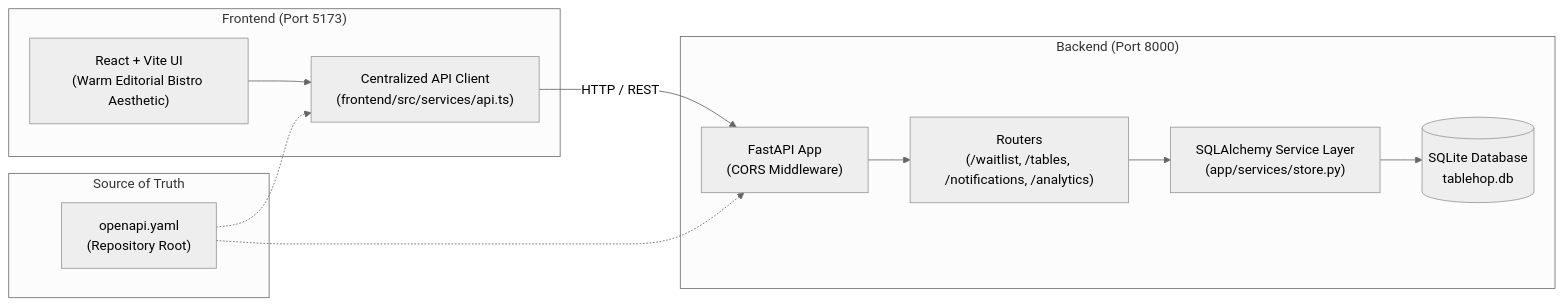
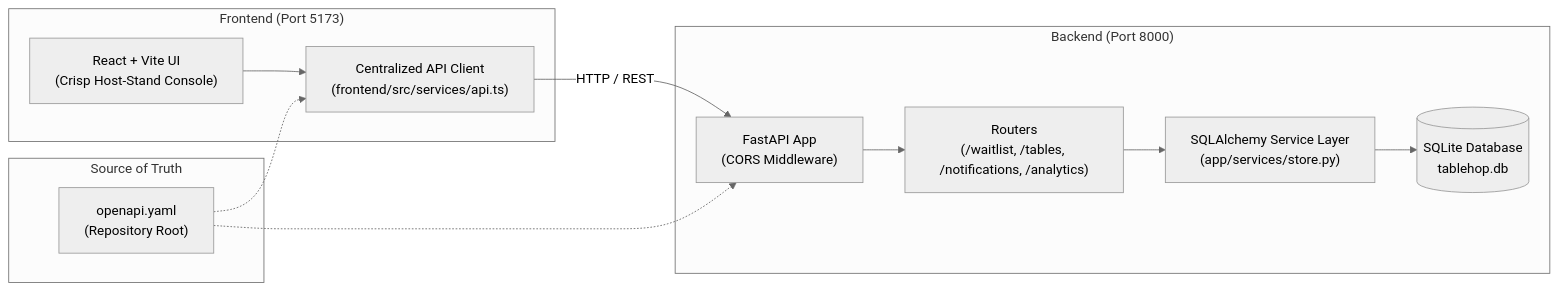
Before and after one commit to SPBONIFACE/ai-dev-tools-zoomcamp-homework2: the first of 2 diagrams in README.md, drawn with Mermaid (neutral theme). The commit also changed other lines of this file and 1 other file, not shown here.

Commit message:
docs: embed app screenshot in README and align architecture diagram with design system

````diff
--- a/README.md
+++ b/README.md
@@ -94,27 +101,27 @@
 ```mermaid
 flowchart LR
     subgraph Client["Frontend (Port 5173)"]
-        UI["React + Vite UI<br/>(Warm Editorial Bistro Aesthetic)"]
+        UI["React + Vite UI<br/>(Crisp Host-Stand Console)"]
         API_CLIENT["Centralized API Client<br/>(frontend/src/services/api.ts)"]
         UI --> API_CLIENT
     end
 
     subgraph Server["Backend (Port 8000)"]
         FASTAPI["FastAPI App<br/>(CORS Middleware)"]
         ROUTERS["Routers<br/>(/waitlist, /tables, /notifications, /analytics)"]
         STORE["SQLAlchemy Service Layer<br/>(app/services/store.py)"]
         DB[("SQLite Database<br/>tablehop.db")]
 
         API_CLIENT -- "HTTP / REST" --> FASTAPI
         FASTAPI --> ROUTERS
         ROUTERS --> STORE
         STORE --> DB
     end
 
     subgraph Contract["Source of Truth"]
         OPENAPI["openapi.yaml<br/>(Repository Root)"]
     end
 
     OPENAPI -.-> API_CLIENT
     OPENAPI -.-> FASTAPI
 ```
````
